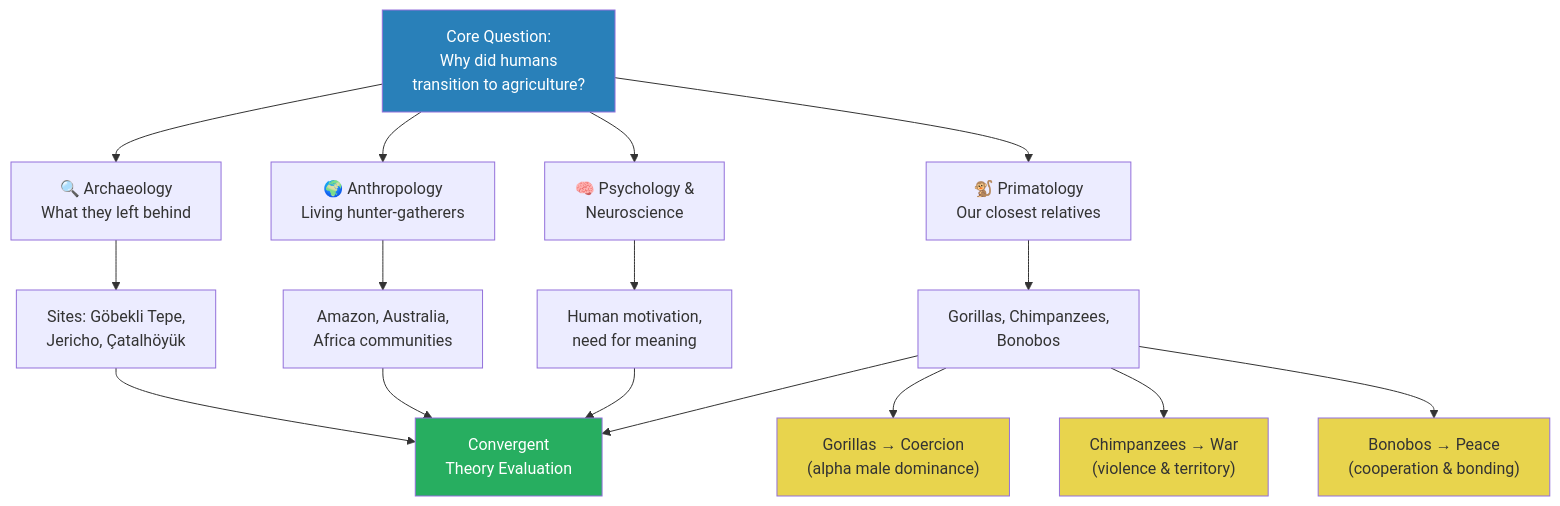
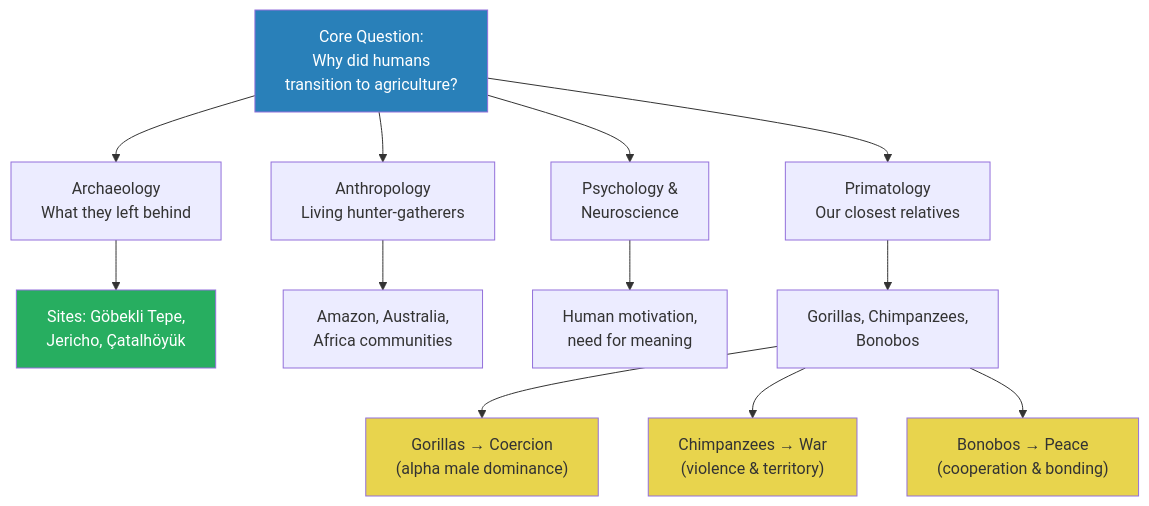
One commit to alius33/reader changed the second of 7 diagrams in summaries/Lectures/Civilization/01 - Explaining Humanity's Transition to Agriculture.md. Above: the diagram before and after it, drawn with Mermaid. The commit also changed other lines of this file and 78 other files, not shown here.

````diff
--- a/summaries/Lectures/Civilization/01 - Explaining Humanity's Transition to Agriculture.md
+++ b/summaries/Lectures/Civilization/01 - Explaining Humanity's Transition to Agriculture.md
@@ -258,24 +124,20 @@
 ```mermaid
 flowchart TB
     Q["Core Question:<br/>Why did humans<br/>transition to agriculture?"]
-    Q --> AR["🔍 Archaeology<br/>What they left behind"]
-    Q --> AN["🌍 Anthropology<br/>Living hunter-gatherers"]
-    Q --> PS["🧠 Psychology &<br/>Neuroscience"]
-    Q --> PR["🐒 Primatology<br/>Our closest relatives"]
+    Q --> AR["Archaeology<br/>What they left behind"]
+    Q --> AN["Anthropology<br/>Living hunter-gatherers"]
+    Q --> PS["Psychology &<br/>Neuroscience"]
+    Q --> PR["Primatology<br/>Our closest relatives"]
     AR --> AR1["Sites: Göbekli Tepe,<br/>Jericho, Çatalhöyük"]
     AN --> AN1["Amazon, Australia,<br/>Africa communities"]
     PS --> PS1["Human motivation,<br/>need for meaning"]
     PR --> PR1["Gorillas, Chimpanzees,<br/>Bonobos"]
-    AR1 --> TE["Convergent<br/>Theory Evaluation"]
-    AN1 --> TE
-    PS1 --> TE
-    PR1 --> TE
     PR1 --> G["Gorillas → Coercion<br/>(alpha male dominance)"]
     PR1 --> CH["Chimpanzees → War<br/>(violence & territory)"]
     PR1 --> BO["Bonobos → Peace<br/>(cooperation & bonding)"]
     style Q fill:#2980b9,color:#fff
-    style TE fill:#27ae60,color:#fff
+    style AR1 fill:#27ae60,color:#fff
     style G fill:#e8d44d,color:#333
     style CH fill:#e8d44d,color:#333
     style BO fill:#e8d44d,color:#333
 ```
````
